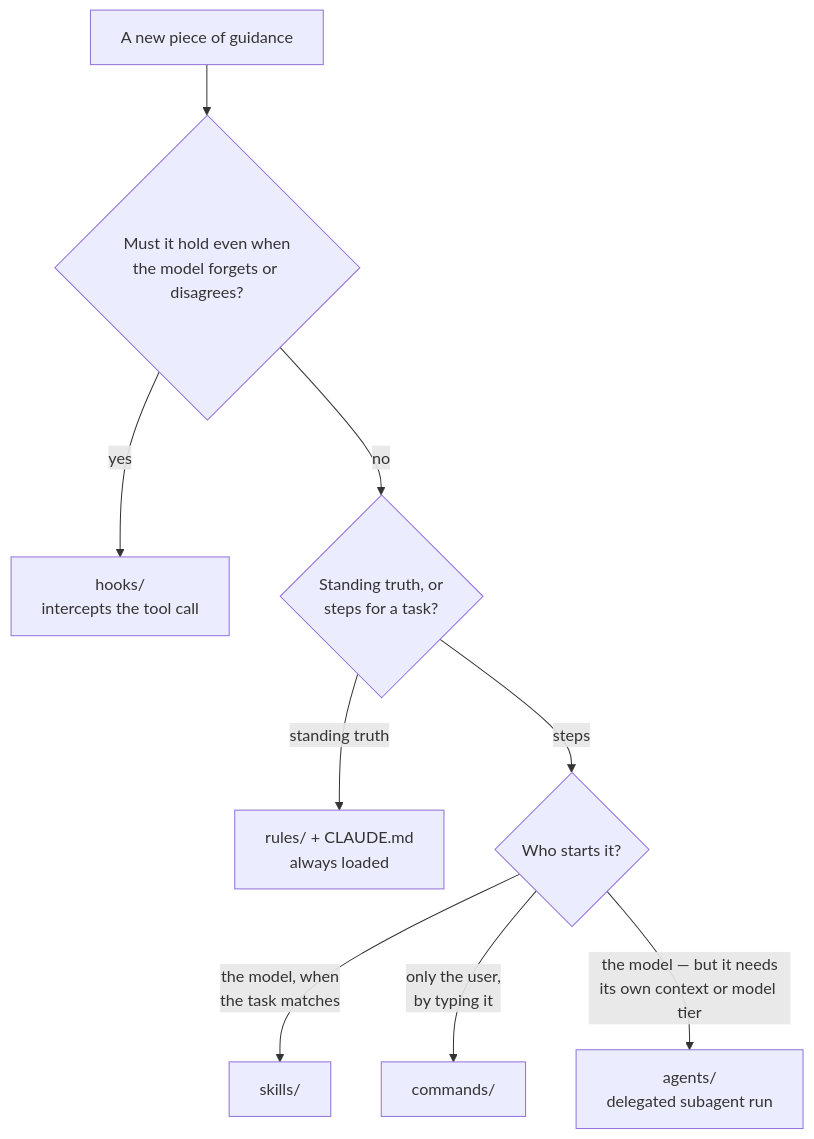
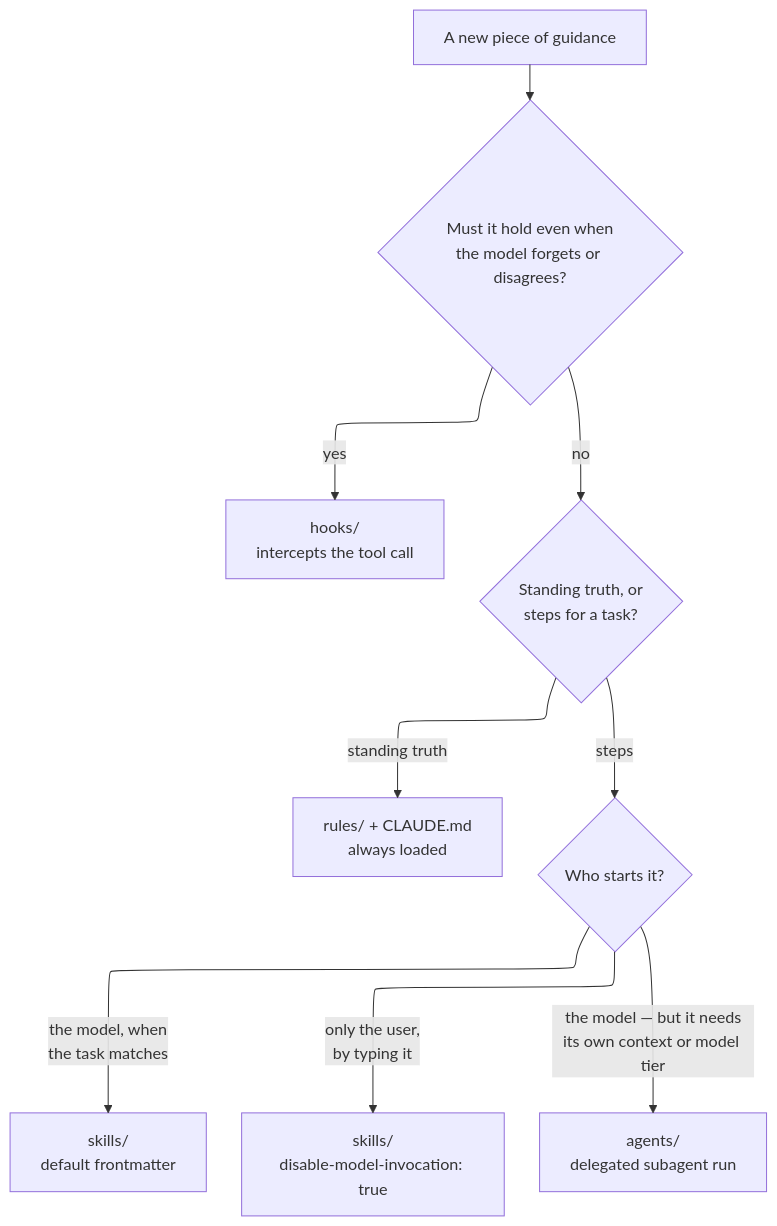
The diagram in GUIDE.md (millerlai/claude-all-in-one), drawn with Mermaid before and after one commit. The commit also changed other lines of this file, not shown here.

````diff
--- a/GUIDE.md
+++ b/GUIDE.md
@@ -28,11 +28,16 @@
 ```mermaid
+---
+config:
+  flowchart:
+    defaultRenderer: "elk"
+---
 flowchart TD
     Q["A new piece of guidance"] --> A{"Must it hold even when<br/>the model forgets or disagrees?"}
     A -->|yes| HOOK["hooks/<br/>intercepts the tool call"]
     A -->|no| B{"Standing truth, or<br/>steps for a task?"}
     B -->|standing truth| RULES["rules/ + CLAUDE.md<br/>always loaded"]
     B -->|steps| C{"Who starts it?"}
-    C -->|"the model, when<br/>the task matches"| SKILL["skills/"]
-    C -->|"only the user,<br/>by typing it"| CMD["commands/"]
+    C -->|"the model, when<br/>the task matches"| SKILL["skills/<br/>default frontmatter"]
+    C -->|"only the user,<br/>by typing it"| SKILLCMD["skills/<br/>disable-model-invocation: true"]
     C -->|"the model — but it needs<br/>its own context or model tier"| AGENT["agents/<br/>delegated subagent run"]
 ```
````
